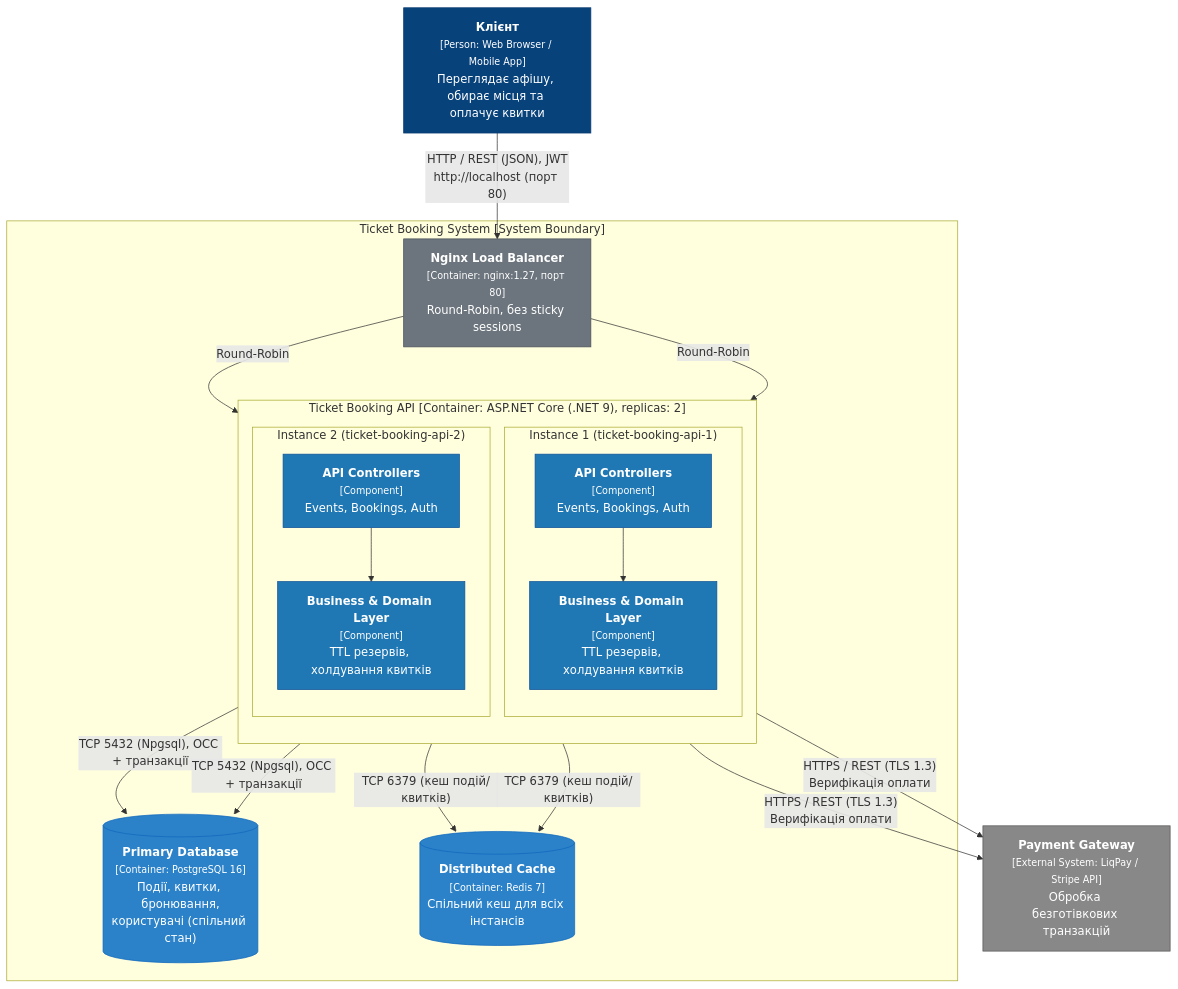
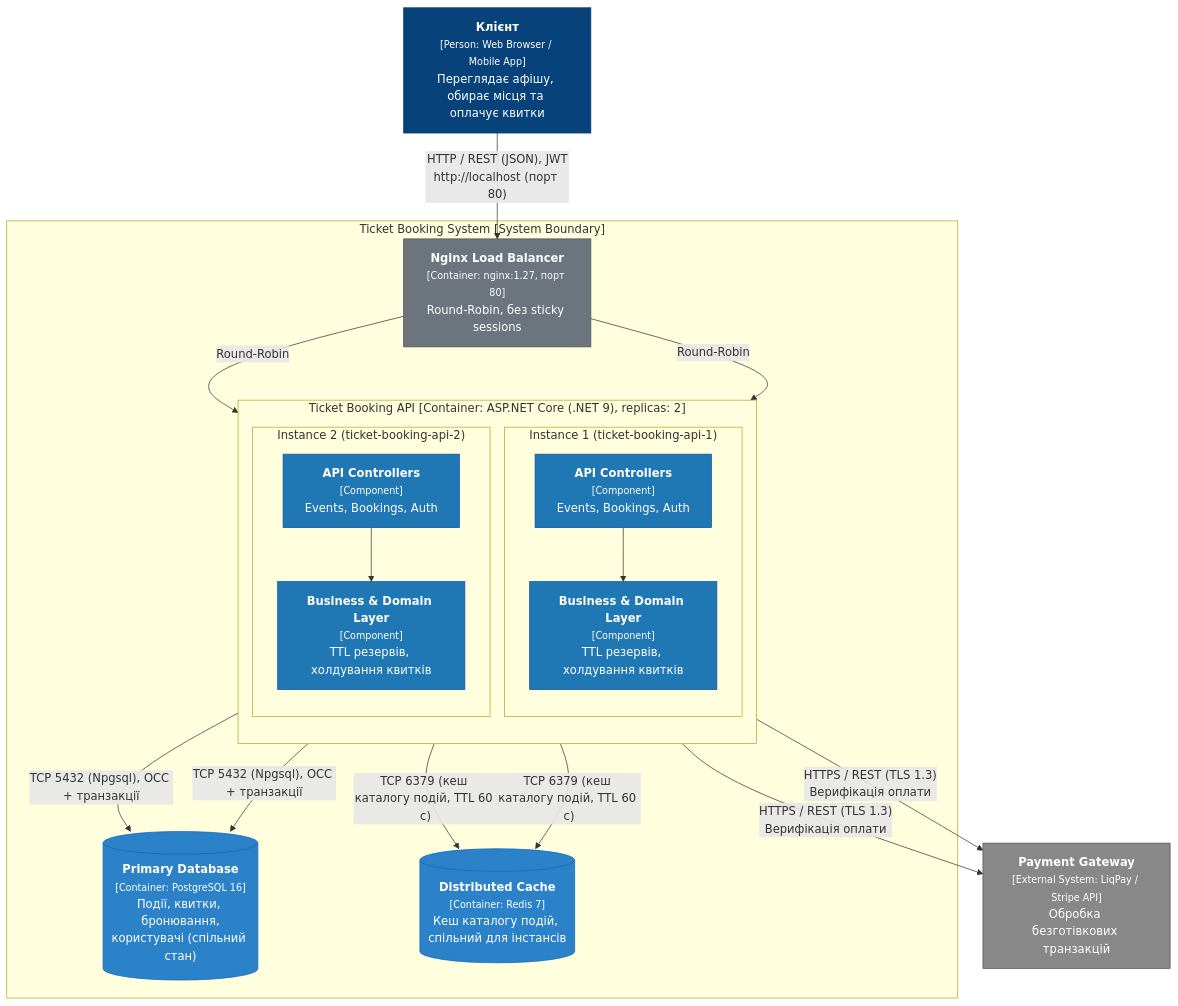
The second of 3 diagrams in README.md (katushhiaa/ticket-booking-platform), drawn with Mermaid before and after one commit. The commit also changed other lines of this file and 3 other files, not shown here.

First line of the commit message:
fix: real Redis catalog cache, README matches code, integration tests for events

````diff
--- a/README.md
+++ b/README.md
@@ -150,46 +149,46 @@
 ```mermaid
 flowchart TB
     classDef person fill:#08427b,stroke:#073b6f,color:#fff;
     classDef container fill:#1168bd,stroke:#0e5296,color:#fff;
     classDef component fill:#1f77b4,stroke:#0e5296,color:#fff;
     classDef db fill:#2b82c9,stroke:#1168bd,color:#fff;
     classDef infra fill:#6c757d,stroke:#495057,color:#fff;
     classDef ext fill:#888888,stroke:#555555,color:#fff;
 
     Customer["<b>Клієнт</b><br/><small>[Person: Web Browser / Mobile App]</small><br/>Переглядає афішу, обирає місця та оплачує квитки"]:::person
 
     subgraph SystemBoundary ["Ticket Booking System [System Boundary]"]
 
         Nginx["<b>Nginx Load Balancer</b><br/><small>[Container: nginx:1.27, порт 80]</small><br/>Round-Robin, без sticky sessions"]:::infra
 
         subgraph ApiCluster ["Ticket Booking API [Container: ASP.NET Core (.NET 9), replicas: 2]"]
             direction TB
             subgraph Node1 ["Instance 1 (ticket-booking-api-1)"]
                 Ctrl1["<b>API Controllers</b><br/><small>[Component]</small><br/>Events, Bookings, Auth"]:::component
                 Svc1["<b>Business & Domain Layer</b><br/><small>[Component]</small><br/>TTL резервів, холдування квитків"]:::component
             end
             subgraph Node2 ["Instance 2 (ticket-booking-api-2)"]
                 Ctrl2["<b>API Controllers</b><br/><small>[Component]</small><br/>Events, Bookings, Auth"]:::component
                 Svc2["<b>Business & Domain Layer</b><br/><small>[Component]</small><br/>TTL резервів, холдування квитків"]:::component
             end
         end
 
         Db[("<b>Primary Database</b><br/><small>[Container: PostgreSQL 16]</small><br/>Події, квитки, бронювання,<br/>користувачі (спільний стан)")]:::db
-        Redis[("<b>Distributed Cache</b><br/><small>[Container: Redis 7]</small><br/>Спільний кеш для всіх інстансів")]:::db
+        Redis[("<b>Distributed Cache</b><br/><small>[Container: Redis 7]</small><br/>Кеш каталогу подій, спільний для інстансів")]:::db
 
     end
 
     PaymentGateway["<b>Payment Gateway</b><br/><small>[External System: LiqPay / Stripe API]</small><br/>Обробка безготівкових транзакцій"]:::ext
 
     Customer -->|"HTTP / REST (JSON), JWT<br/>http://localhost (порт 80)"| Nginx
     Nginx -->|"Round-Robin"| Ctrl1
     Nginx -->|"Round-Robin"| Ctrl2
     Ctrl1 --> Svc1
     Ctrl2 --> Svc2
     Svc1 -->|"TCP 5432 (Npgsql), OCC + транзакції"| Db
     Svc2 -->|"TCP 5432 (Npgsql), OCC + транзакції"| Db
-    Svc1 -->|"TCP 6379 (кеш подій/квитків)"| Redis
-    Svc2 -->|"TCP 6379 (кеш подій/квитків)"| Redis
+    Svc1 -->|"TCP 6379 (кеш каталогу подій, TTL 60 с)"| Redis
+    Svc2 -->|"TCP 6379 (кеш каталогу подій, TTL 60 с)"| Redis
     Svc1 -->|"HTTPS / REST (TLS 1.3)<br/>Верифікація оплати"| PaymentGateway
     Svc2 -->|"HTTPS / REST (TLS 1.3)<br/>Верифікація оплати"| PaymentGateway
 ```
````
